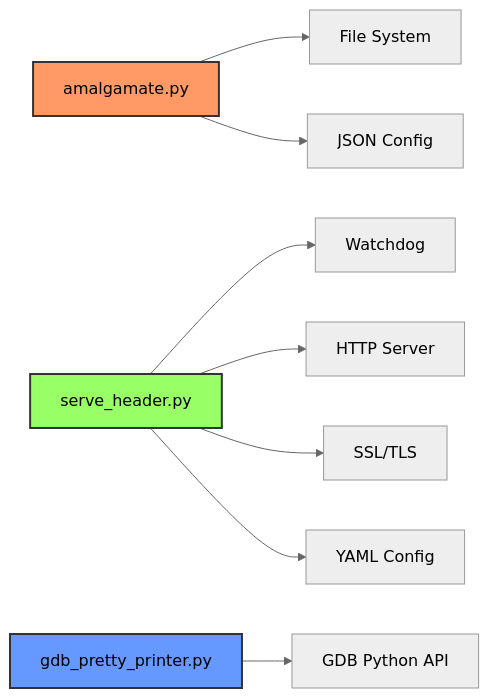
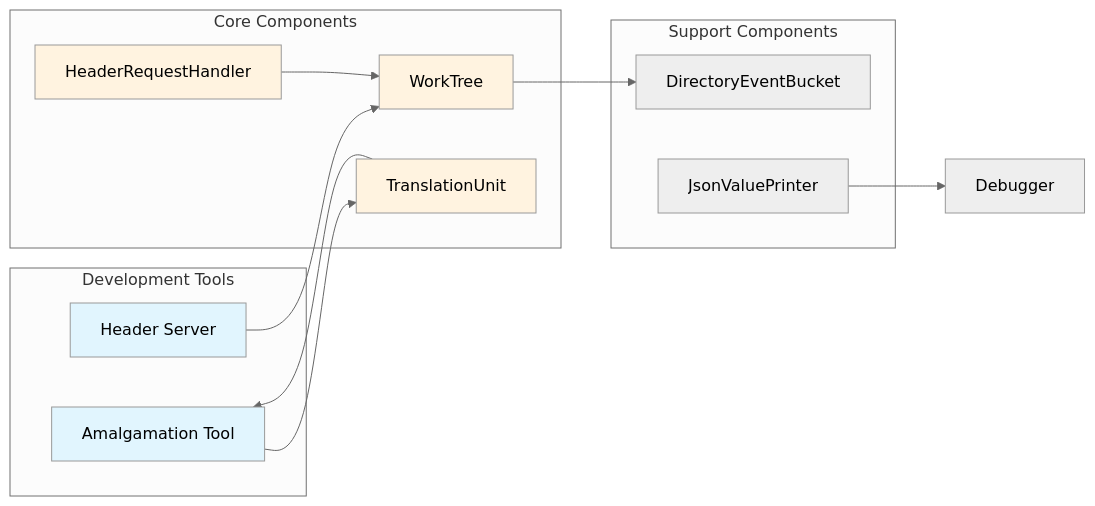
The second of 3 diagrams in docs/nlohmann--json-docs/overview.md (FSoft-AI4Code/codewiki-demo), drawn with Mermaid (neutral theme) before and after one commit. The commit also changed other lines of this file and 1103 other files, not shown here.

````diff
--- a/docs/nlohmann--json-docs/overview.md
+++ b/docs/nlohmann--json-docs/overview.md
@@ -67,16 +78,31 @@
 ```mermaid
 graph LR
-    A[amalgamate.py] --> B[File System]
-    A --> C[JSON Config]
+    subgraph "Development Tools"
+        A[Amalgamation Tool]
+        B[Header Server]
+    end
     
-    D[serve_header.py] --> E[Watchdog]
-    D --> F[HTTP Server]
-    D --> G[SSL/TLS]
-    D --> H[YAML Config]
+    subgraph "Core Components"
+        C[WorkTree]
+        D[TranslationUnit]
+        E[HeaderRequestHandler]
+    end
     
-    I[gdb_pretty_printer.py] --> J[GDB Python API]
+    subgraph "Support Components"
+        F[DirectoryEventBucket]
+        G[JsonValuePrinter]
+    end
     
-    style A fill:#f96,stroke:#333,stroke-width:2px
-    style D fill:#9f6,stroke:#333,stroke-width:2px
-    style I fill:#69f,stroke:#333,stroke-width:2px
+    A --> D
+    D --> A
+    B --> C
+    C --> F
+    E --> C
+    G --> H[Debugger]
+    
+    style A fill:#e1f5fe
+    style B fill:#e1f5fe
+    style C fill:#fff3e0
+    style D fill:#fff3e0
+    style E fill:#fff3e0
 ```
````
